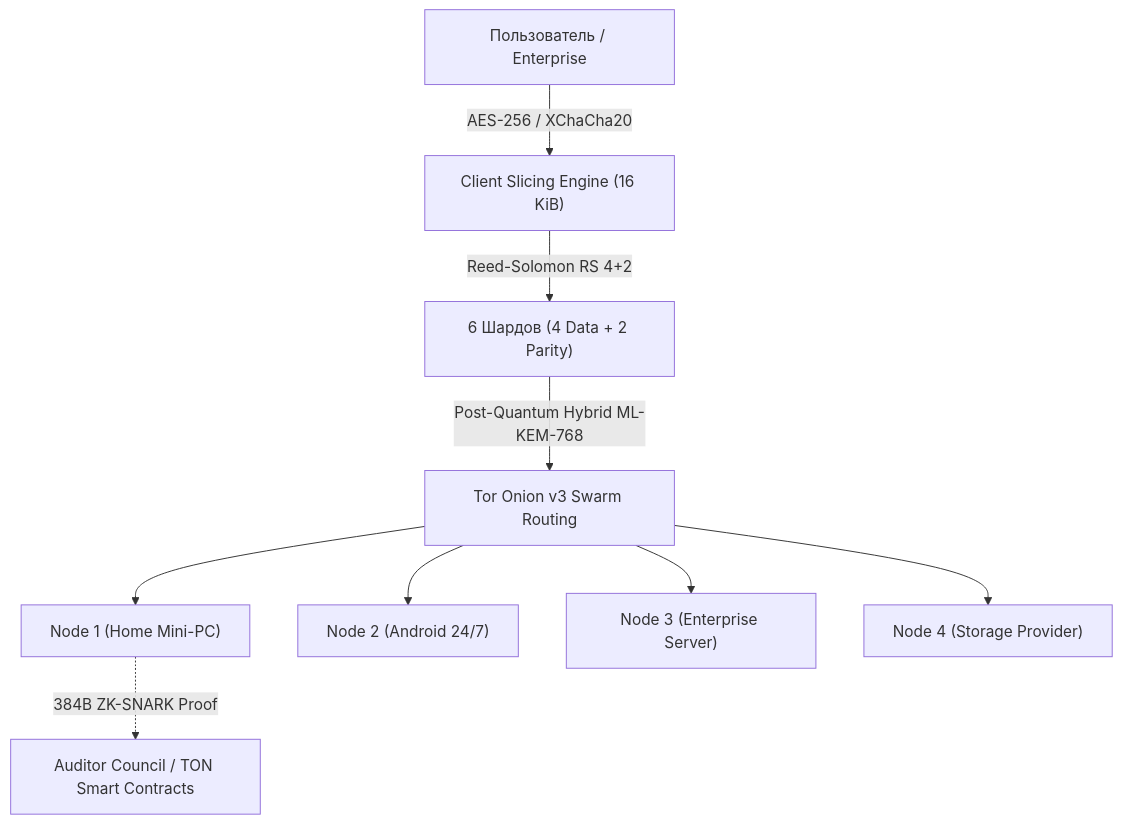
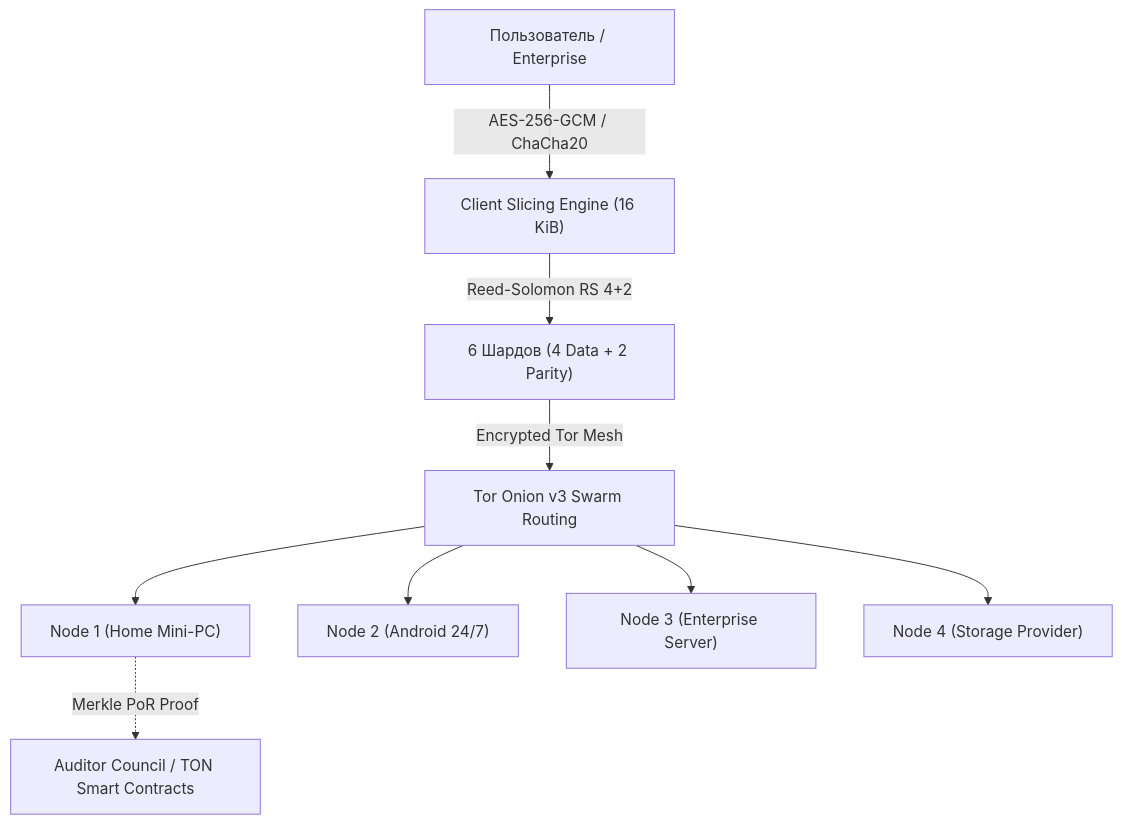
Before and after one commit to PerfectFriend/NeXXUs-Node: the first of 3 diagrams in docs/INVESTOR_PRESENTATION_AND_TOKENOMICS.md, drawn with Mermaid. The commit also changed other lines of this file and 3 other files, not shown here.

````diff
--- a/docs/INVESTOR_PRESENTATION_AND_TOKENOMICS.md
+++ b/docs/INVESTOR_PRESENTATION_AND_TOKENOMICS.md
@@ -27,11 +27,11 @@
 ```mermaid
 graph TD
-    User["Пользователь / Enterprise"] -->|AES-256 / XChaCha20| ClientEngine["Client Slicing Engine (16 KiB)"]
+    User["Пользователь / Enterprise"] -->|AES-256-GCM / ChaCha20| ClientEngine["Client Slicing Engine (16 KiB)"]
     ClientEngine -->|Reed-Solomon RS 4+2| Shards["6 Шардов (4 Data + 2 Parity)"]
-    Shards -->|Post-Quantum Hybrid ML-KEM-768| TorP2P["Tor Onion v3 Swarm Routing"]
+    Shards -->|Encrypted Tor Mesh| TorP2P["Tor Onion v3 Swarm Routing"]
     TorP2P --> NodeA["Node 1 (Home Mini-PC)"]
     TorP2P --> NodeB["Node 2 (Android 24/7)"]
     TorP2P --> NodeC["Node 3 (Enterprise Server)"]
     TorP2P --> NodeD["Node 4 (Storage Provider)"]
-    NodeA -.->|384B ZK-SNARK Proof| Auditor["Auditor Council / TON Smart Contracts"]
+    NodeA -.->|Merkle PoR Proof| Auditor["Auditor Council / TON Smart Contracts"]
 ```
````
